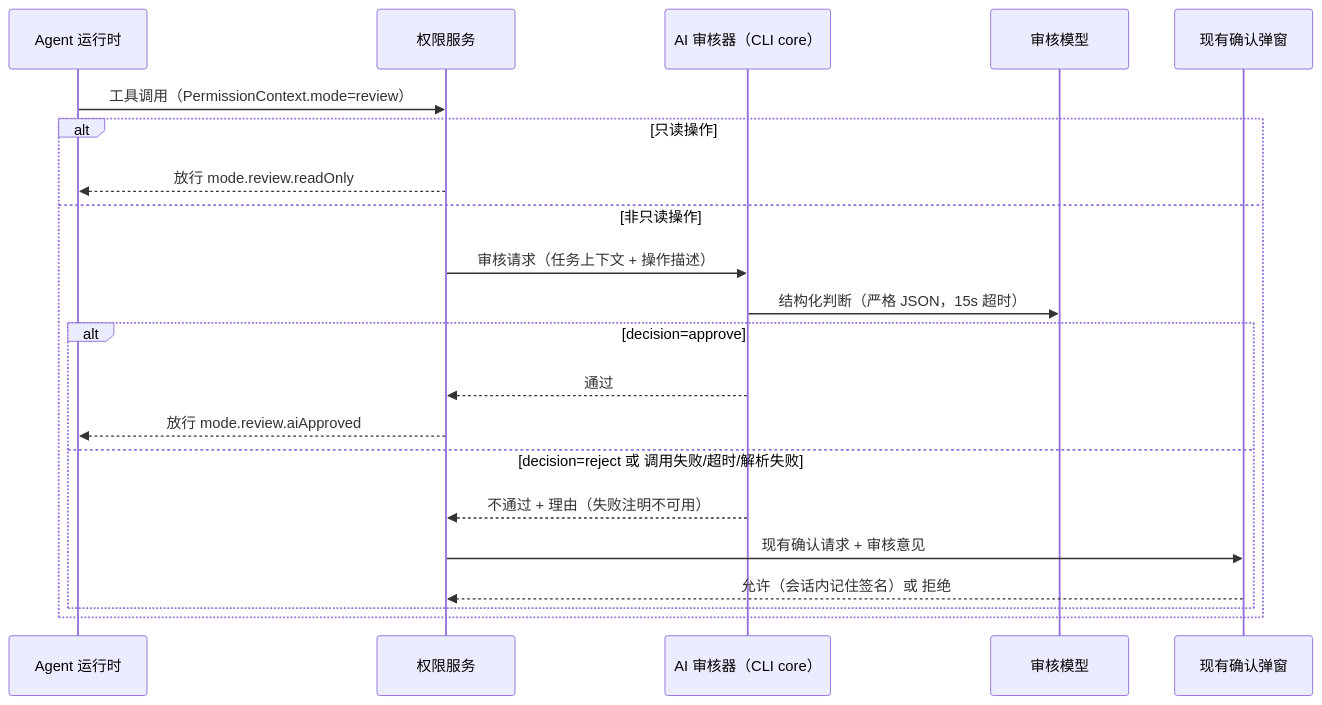
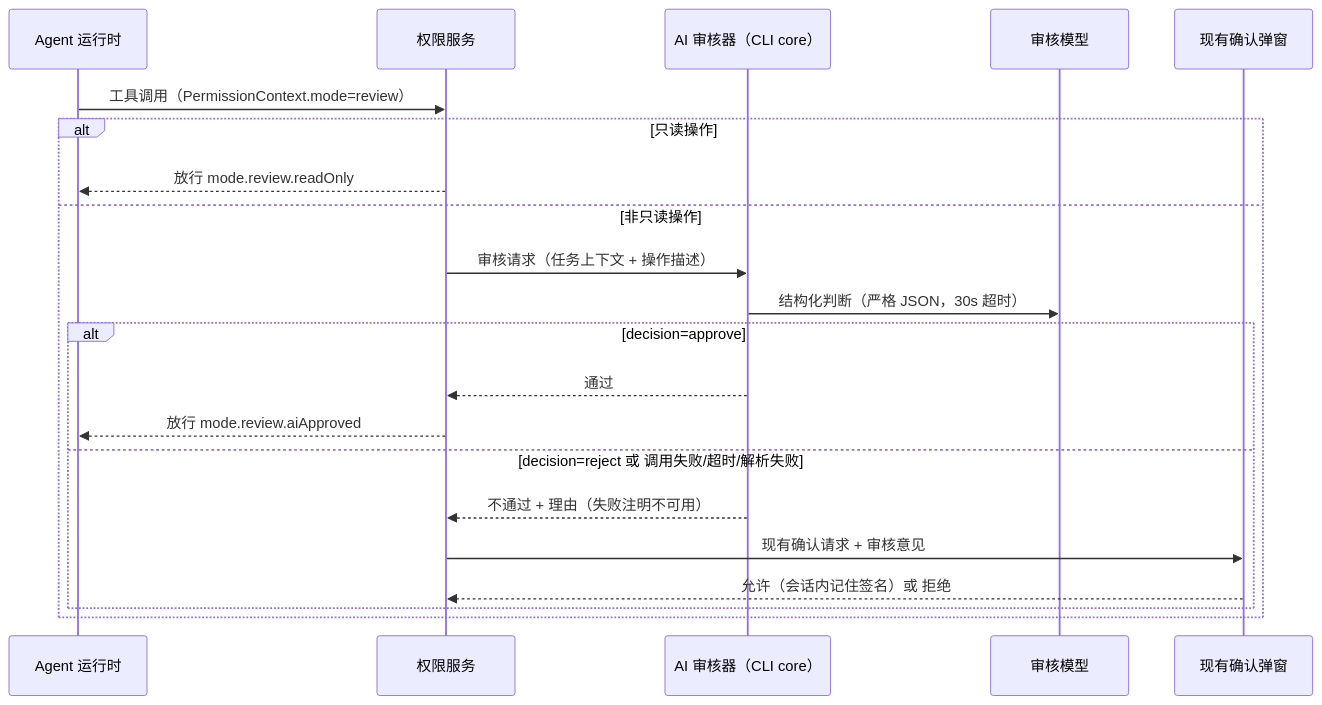
Before and after one commit to Chentx1243/ZCode: the first of 2 diagrams in docs/specs/auto-review.md, drawn with Mermaid. The commit also changed other lines of this file and 13 other files, not shown here.

````diff
--- a/docs/specs/auto-review.md
+++ b/docs/specs/auto-review.md
@@ -22,24 +22,24 @@
 ```mermaid
 sequenceDiagram
   participant Agent as Agent 运行时
   participant Perm as 权限服务
   participant Rev as AI 审核器（CLI core）
   participant Model as 审核模型
   participant User as 现有确认弹窗
 
   Agent->>Perm: 工具调用（PermissionContext.mode=review）
   alt 只读操作
     Perm-->>Agent: 放行 mode.review.readOnly
   else 非只读操作
     Perm->>Rev: 审核请求（任务上下文 + 操作描述）
-    Rev->>Model: 结构化判断（严格 JSON，15s 超时）
+    Rev->>Model: 结构化判断（严格 JSON，30s 超时）
     alt decision=approve
       Rev-->>Perm: 通过
       Perm-->>Agent: 放行 mode.review.aiApproved
     else decision=reject 或 调用失败/超时/解析失败
       Rev-->>Perm: 不通过 + 理由（失败注明不可用）
       Perm->>User: 现有确认请求 + 审核意见
       User-->>Perm: 允许（会话内记住签名）或 拒绝
     end
   end
 ```
````
